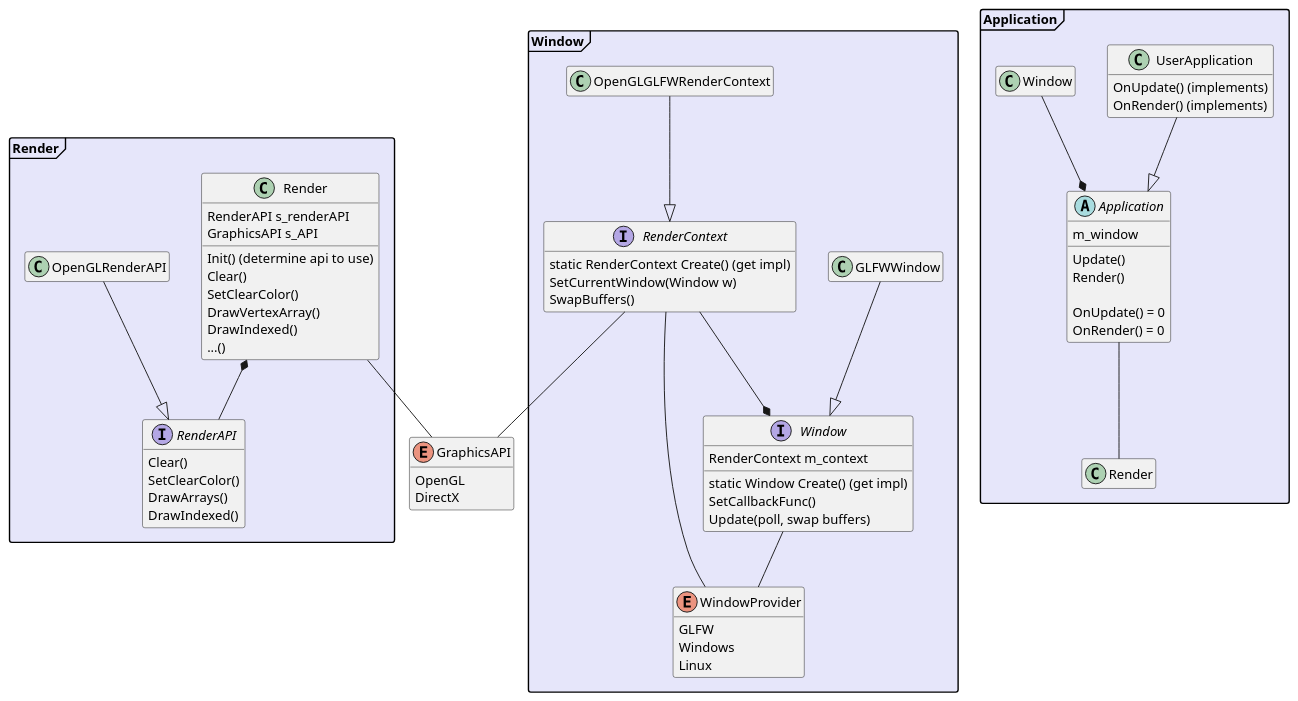
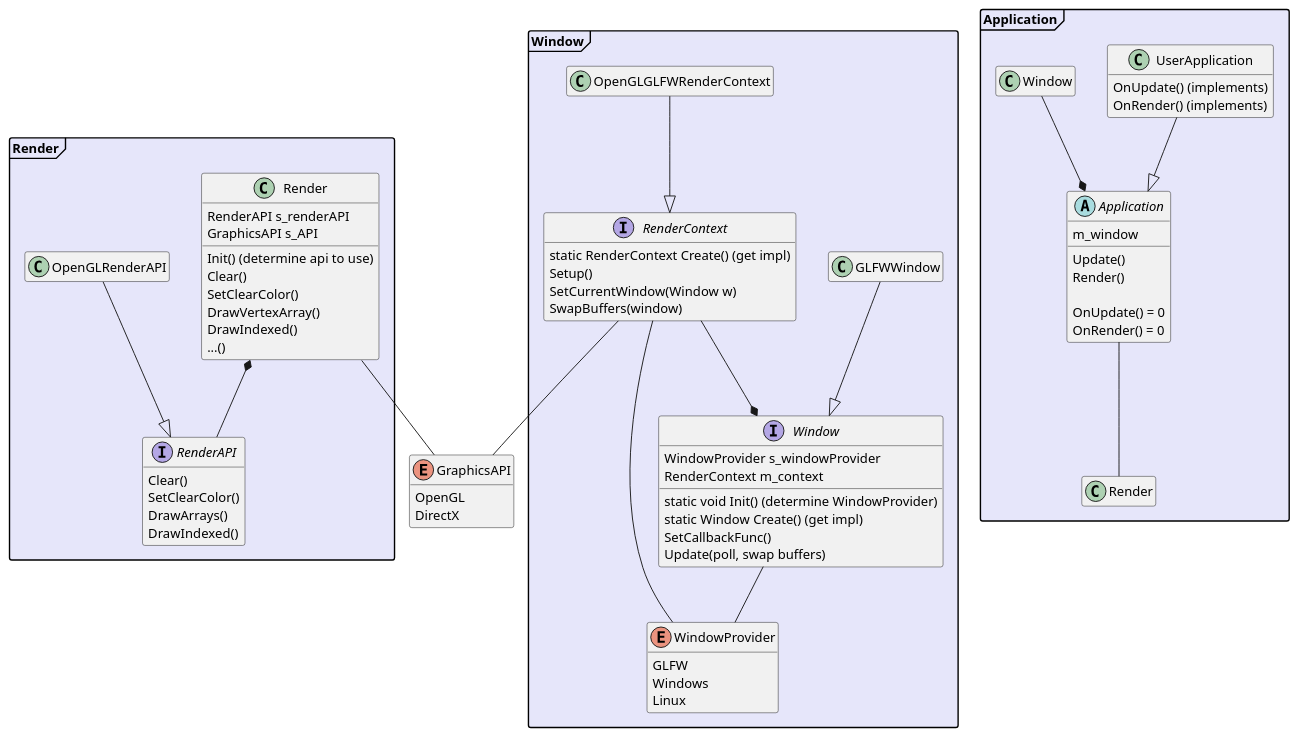
Before and after one commit to Winter091/Peanut: the diagram in Planning/AppRenderWindow.puml, drawn with PlantUML.

Commit message:
Update uml

```diff
--- a/Planning/AppRenderWindow.puml
+++ b/Planning/AppRenderWindow.puml
@@ -1,95 +1,98 @@
 @startuml RendererAndWindow
 
 hide empty members
 hide empty methods
 skinparam packageStyle Frame
 skinparam PackageBackgroundColor Lavender
 
 
 enum GraphicsAPI {
         OpenGL    
         DirectX
     }
 
 
 package Render {
     interface RenderAPI {
         Clear()
         SetClearColor()
         DrawArrays()
         DrawIndexed()
     }
 
     OpenGLRenderAPI --|> RenderAPI
 
     class Render {
         RenderAPI s_renderAPI
         GraphicsAPI s_API
         Init() (determine api to use)
         Clear()
         SetClearColor()
         DrawVertexArray()
         DrawIndexed()
         ...()
     }
 
     Render -- GraphicsAPI
     Render *-- RenderAPI
 }
 
 
 package Window {
     enum WindowProvider {
         GLFW
         Windows
         Linux
     }
 
     interface Window {
+        WindowProvider s_windowProvider
         RenderContext m_context
+        static void Init() (determine WindowProvider)
         static Window Create() (get impl)
         SetCallbackFunc()
         Update(poll, swap buffers)
     }
 
     GLFWWindow --|> Window
 
     interface RenderContext {
         static RenderContext Create() (get impl)
+        Setup()
         SetCurrentWindow(Window w)
-        SwapBuffers()
+        SwapBuffers(window)
     }
 
     OpenGLGLFWRenderContext --|> RenderContext
     RenderContext --* Window
     Window -- WindowProvider
     RenderContext -- WindowProvider
     RenderContext -- GraphicsAPI
 }
 
 
 package Application {
     abstract class Application {
         m_window
 
         Update()
         Render()
 
         OnUpdate() = 0
         OnRender() = 0
     }
 
     class UserApplication {
         OnUpdate() (implements)
         OnRender() (implements)
     }
 
     UserApplication --|> Application
     Window --* Application
     Application -- Render
 }
 
 
 
 
 @enduml
```
